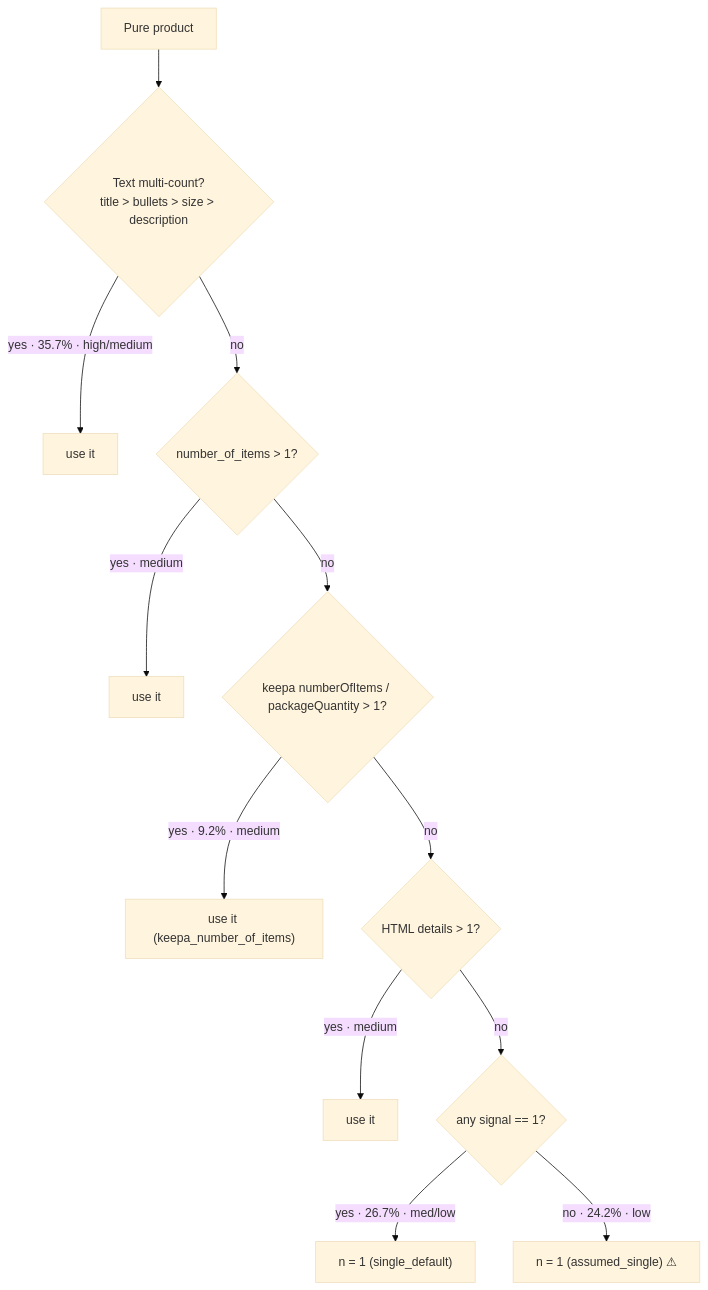
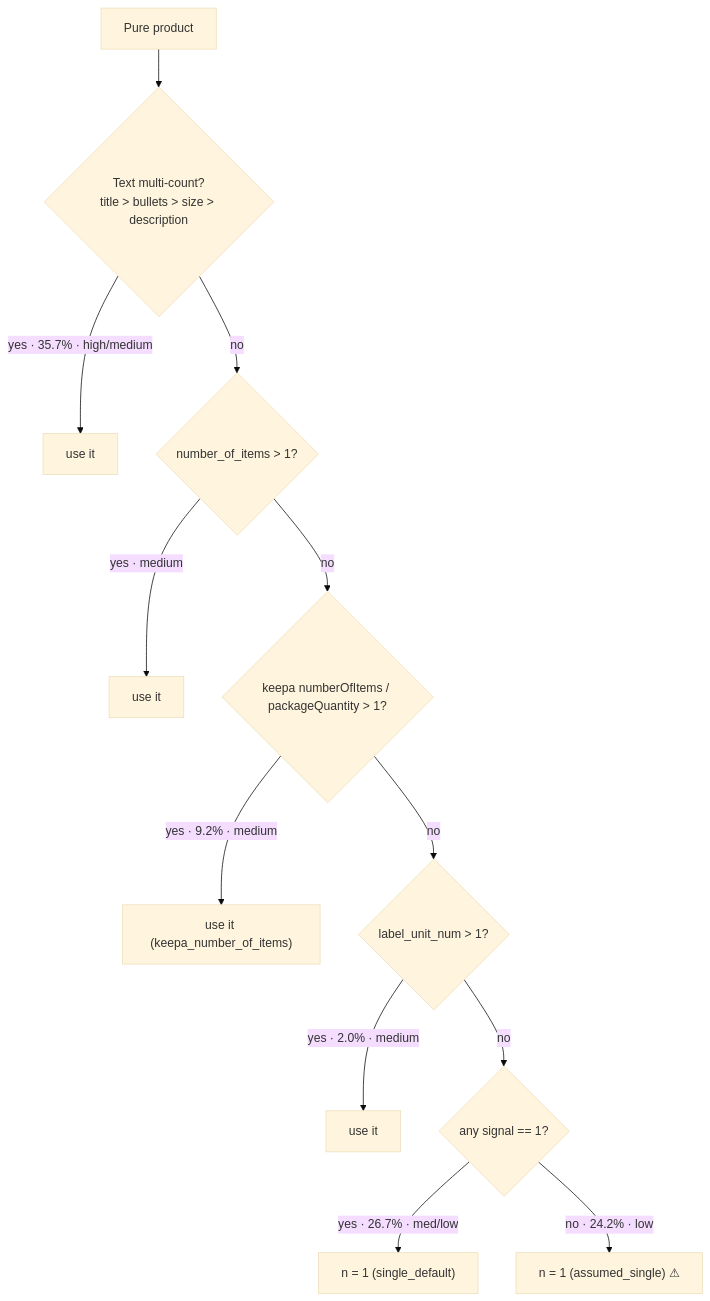
Before and after one commit to skycosmos/bath-bombs: the second of 2 diagrams in README.md, drawn with Mermaid (base theme). The commit also changed other lines of this file and 8 other files, not shown here.

````diff
--- a/README.md
+++ b/README.md
@@ -113,14 +111,14 @@
 ```mermaid
 flowchart TD
   S["Pure product"] --> L1{"Text multi-count?<br/>title &gt; bullets &gt; size &gt; description"}
   L1 -->|"yes · 35.7% · high/medium"| C1["use it"]
   L1 -->|no| L2{"number_of_items &gt; 1?"}
   L2 -->|"yes · medium"| C2["use it"]
   L2 -->|no| L2b{"keepa numberOfItems / packageQuantity &gt; 1?"}
   L2b -->|"yes · 9.2% · medium"| C2b["use it (keepa_number_of_items)"]
-  L2b -->|no| L3{"HTML details &gt; 1?"}
-  L3 -->|"yes · medium"| C3["use it"]
+  L2b -->|no| L3{"label_unit_num &gt; 1?"}
+  L3 -->|"yes · 2.0% · medium"| C3["use it"]
   L3 -->|no| L4{"any signal == 1?"}
   L4 -->|"yes · 26.7% · med/low"| C4["n = 1 (single_default)"]
   L4 -->|"no · 24.2% · low"| C5["n = 1 (assumed_single) ⚠"]
 ```
````
